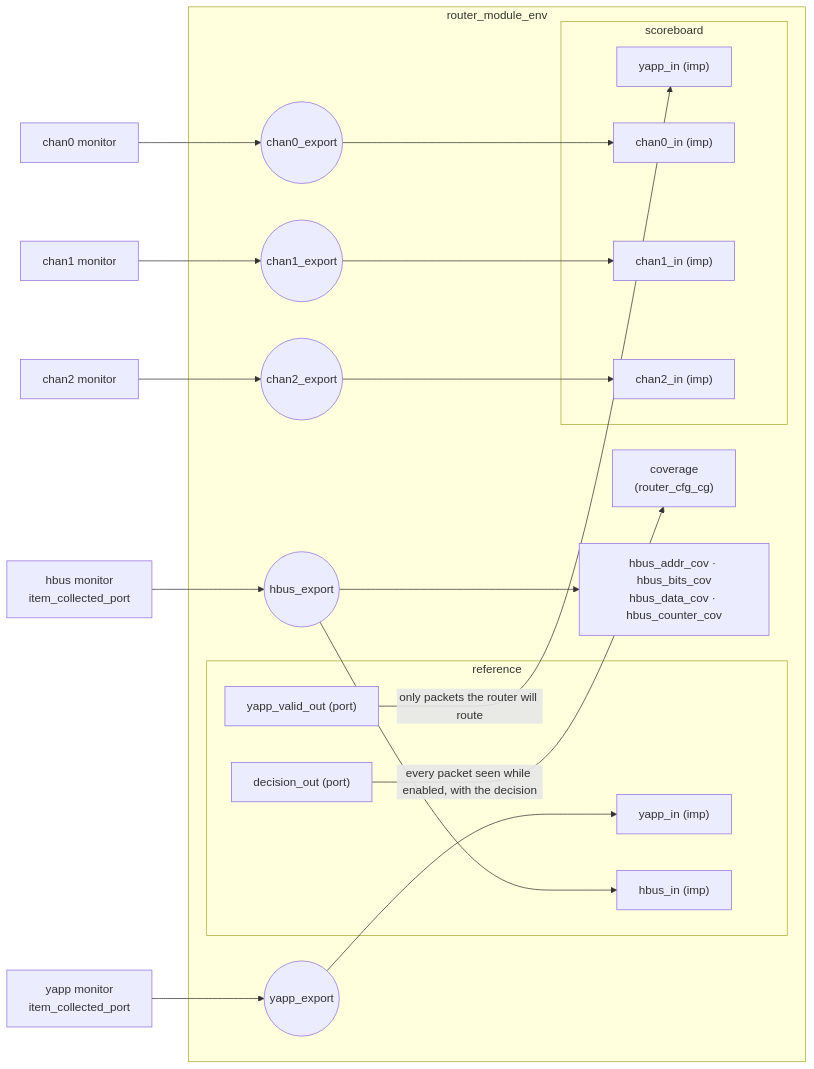
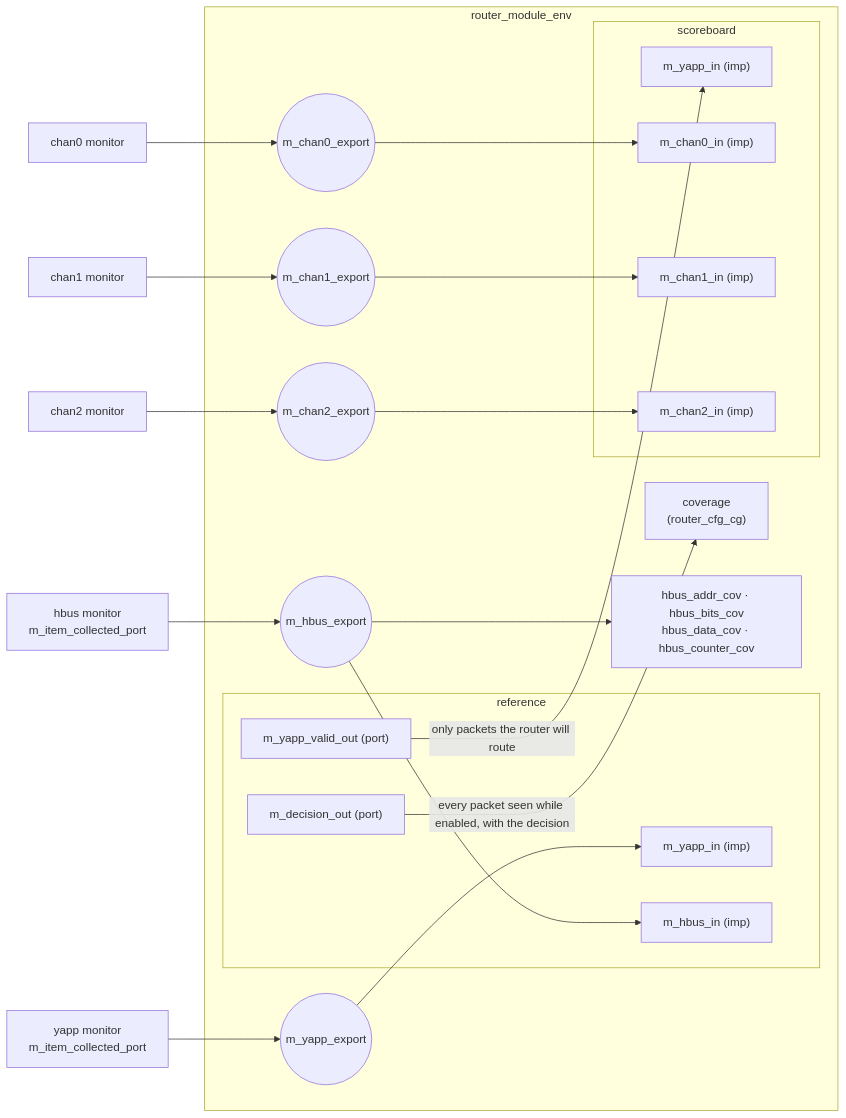
Before and after one commit to tamirgabgab/Qcom-Mentoring: the second of 3 diagrams in docs/uvm/architecture.md, drawn with Mermaid. The commit also changed other lines of this file and 83 other files, not shown here.

First line of the commit message:
Site diagrams use the code's variable names

````diff
--- a/docs/uvm/architecture.md
+++ b/docs/uvm/architecture.md
@@ -102,42 +102,42 @@
 ```mermaid
 flowchart LR
-    ymon["yapp monitor<br/>item_collected_port"]
-    hmon["hbus monitor<br/>item_collected_port"]
+    ymon["yapp monitor<br/>m_item_collected_port"]
+    hmon["hbus monitor<br/>m_item_collected_port"]
     c0["chan0 monitor"]
     c1["chan1 monitor"]
     c2["chan2 monitor"]
     subgraph env["router_module_env"]
-        ye(("yapp_export"))
-        he(("hbus_export"))
-        c0e(("chan0_export"))
-        c1e(("chan1_export"))
-        c2e(("chan2_export"))
+        ye(("m_yapp_export"))
+        he(("m_hbus_export"))
+        c0e(("m_chan0_export"))
+        c1e(("m_chan1_export"))
+        c2e(("m_chan2_export"))
         subgraph ref["reference"]
-            ryi["yapp_in (imp)"]
-            rhi["hbus_in (imp)"]
-            rvo["yapp_valid_out (port)"]
-            rdo["decision_out (port)"]
+            ryi["m_yapp_in (imp)"]
+            rhi["m_hbus_in (imp)"]
+            rvo["m_yapp_valid_out (port)"]
+            rdo["m_decision_out (port)"]
         end
         cov["coverage<br/>(router_cfg_cg)"]
         hcov["hbus_addr_cov · hbus_bits_cov<br/>hbus_data_cov · hbus_counter_cov"]
         subgraph sb["scoreboard"]
-            syi["yapp_in (imp)"]
-            s0["chan0_in (imp)"]
-            s1["chan1_in (imp)"]
-            s2["chan2_in (imp)"]
+            syi["m_yapp_in (imp)"]
+            s0["m_chan0_in (imp)"]
+            s1["m_chan1_in (imp)"]
+            s2["m_chan2_in (imp)"]
         end
         ye --> ryi
         he --> rhi
         he --> hcov
         rdo -->|"every packet seen while enabled, with the decision"| cov
         rvo -->|"only packets the router will route"| syi
         c0e --> s0
         c1e --> s1
         c2e --> s2
     end
     ymon --> ye
     hmon --> he
     c0 --> c0e
     c1 --> c1e
     c2 --> c2e
 ```
````
